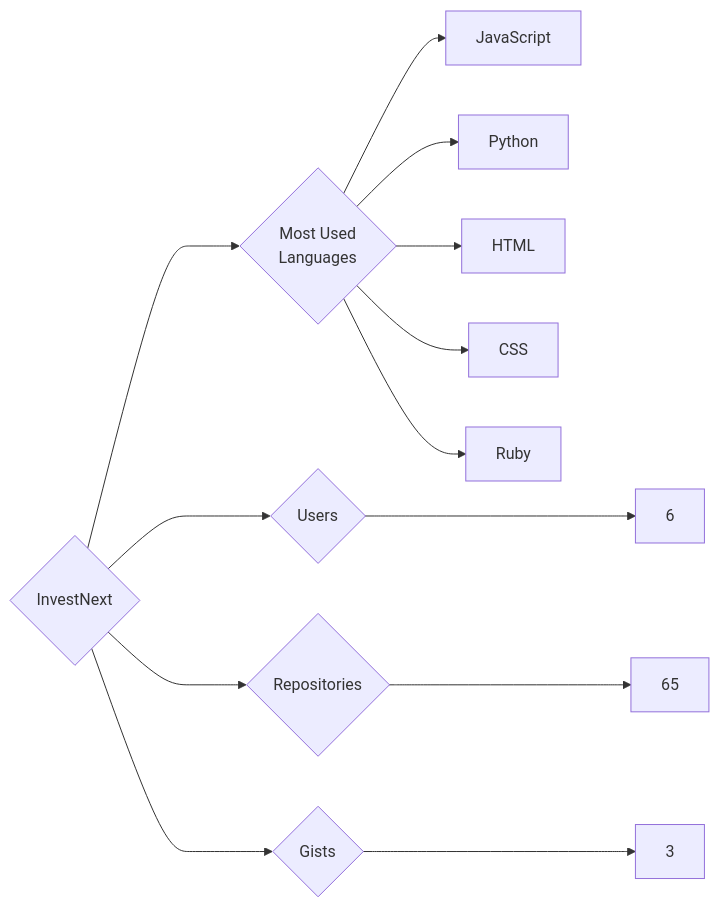
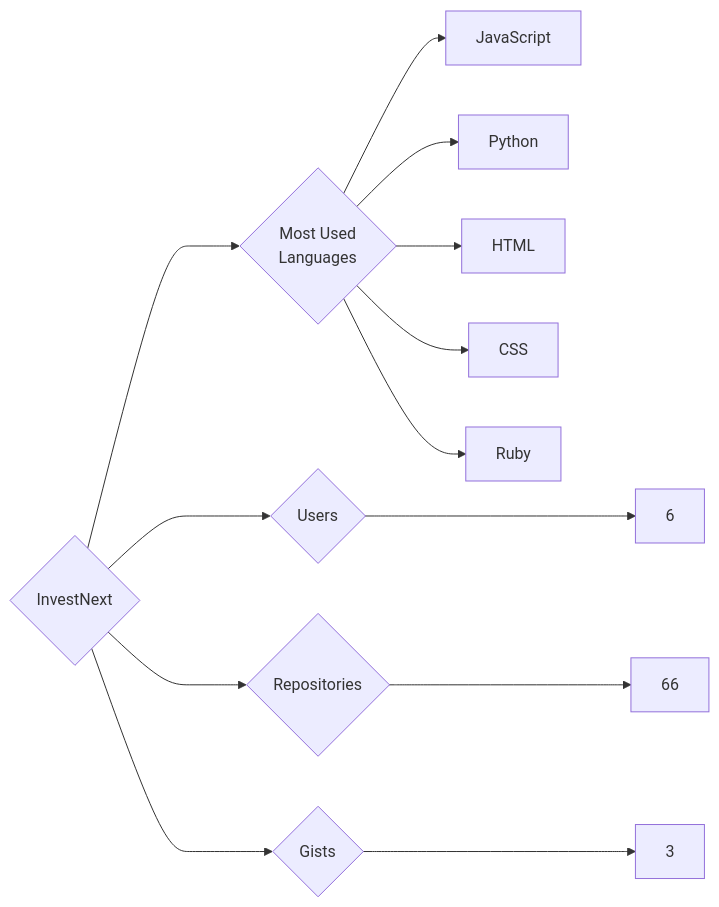
One commit to trickest/insiders changed the diagram in targets/InvestNext/README.md. Above: the diagram before and after it, drawn with Mermaid. The commit also changed 815 other files, not shown here.

````diff
--- a/targets/InvestNext/README.md
+++ b/targets/InvestNext/README.md
@@ -3,13 +3,13 @@
 ```mermaid
 graph LR
 COMPANY_NAME{InvestNext}
 COMPANY_NAME ---> U{Users} ---> UN[6]
-COMPANY_NAME ---> R{Repositories} ---> RN[65]
+COMPANY_NAME ---> R{Repositories} ---> RN[66]
 COMPANY_NAME ---> G{Gists} ---> GN[3]
 COMPANY_NAME ---> ML{Most Used<br>Languages}
 ML --> JavaScript[JavaScript]
 ML --> Python[Python]
 ML --> HTML[HTML]
 ML --> CSS[CSS]
 ML --> Ruby[Ruby]
 ```
````
